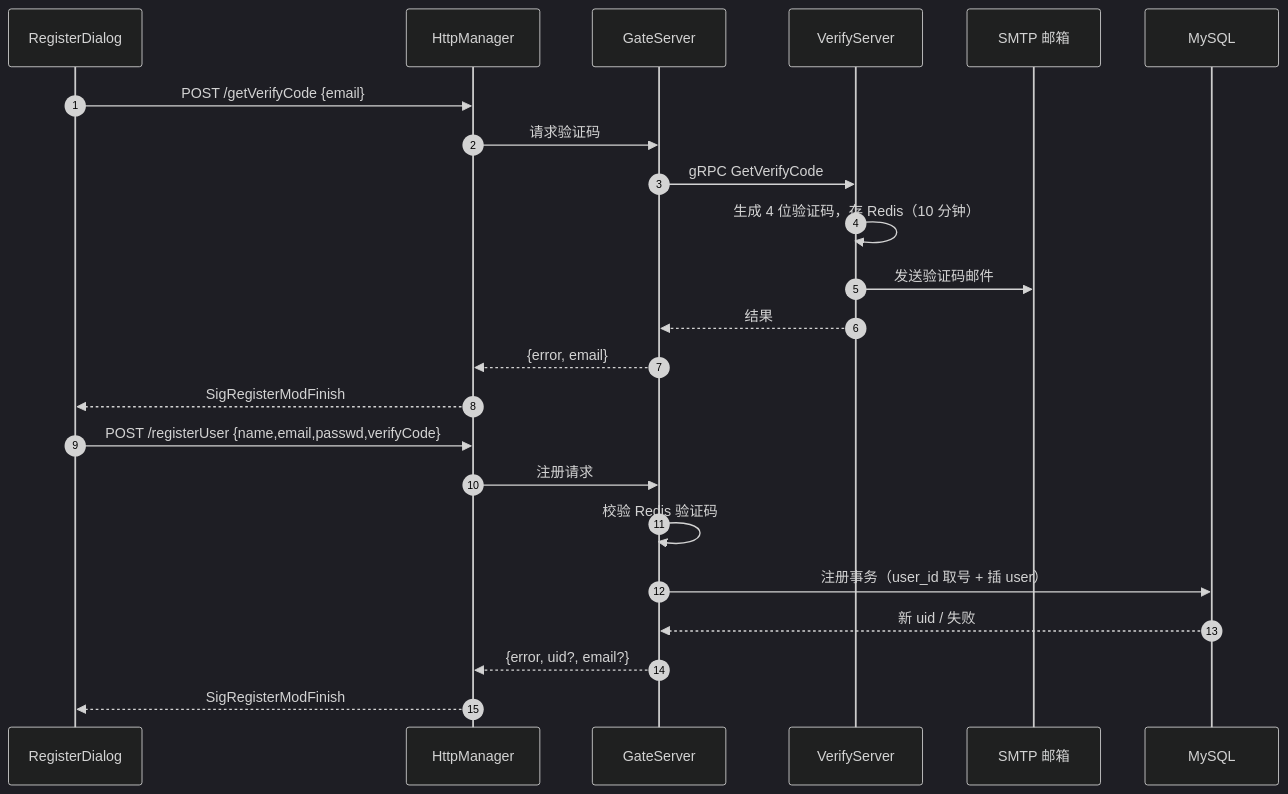
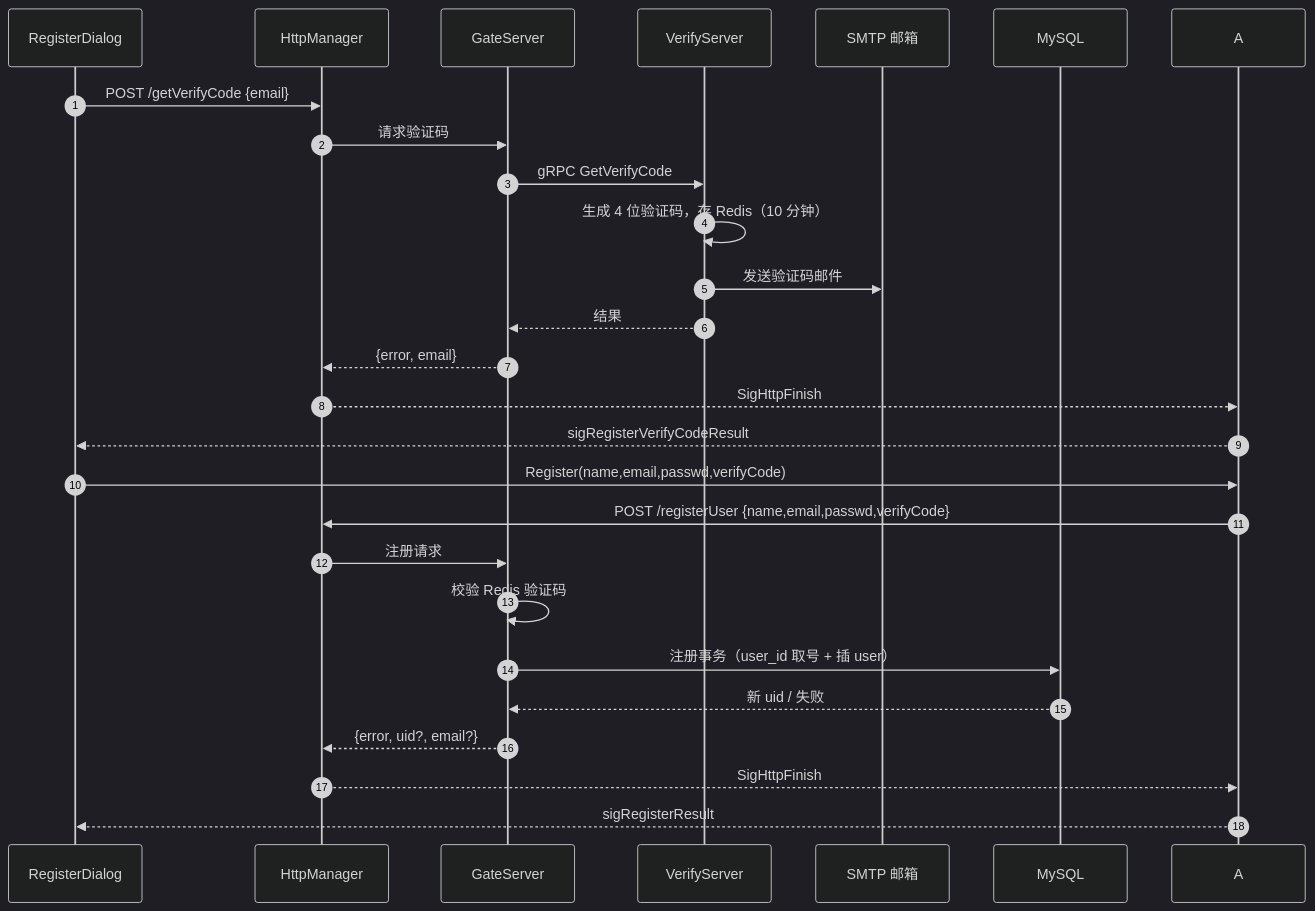
The third of 10 diagrams in Client/README.md (codeT2001/MyChat), drawn with Mermaid (dark theme) before and after one commit. The commit also changed other lines of this file and 15 other files, not shown here.

````diff
--- a/Client/README.md
+++ b/Client/README.md
@@ -154,27 +154,30 @@
 ```mermaid
 sequenceDiagram
     autonumber
     participant R as RegisterDialog
     participant H as HttpManager
     participant G as GateServer
     participant V as VerifyServer
     participant M as SMTP 邮箱
     participant DB as MySQL
 
     R->>H: POST /getVerifyCode {email}
     H->>G: 请求验证码
     G->>V: gRPC GetVerifyCode
     V->>V: 生成 4 位验证码，存 Redis（10 分钟）
     V->>M: 发送验证码邮件
     V-->>G: 结果
     G-->>H: {error, email}
-    H-->>R: SigRegisterModFinish
+    H-->>A: SigHttpFinish
+    A-->>R: sigRegisterVerifyCodeResult
 
-    R->>H: POST /registerUser {name,email,passwd,verifyCode}
+    R->>A: Register(name,email,passwd,verifyCode)
+    A->>H: POST /registerUser {name,email,passwd,verifyCode}
     H->>G: 注册请求
     G->>G: 校验 Redis 验证码
     G->>DB: 注册事务（user_id 取号 + 插 user）
     DB-->>G: 新 uid / 失败
     G-->>H: {error, uid?, email?}
-    H-->>R: SigRegisterModFinish
+    H-->>A: SigHttpFinish
+    A-->>R: sigRegisterResult
 ```
````
